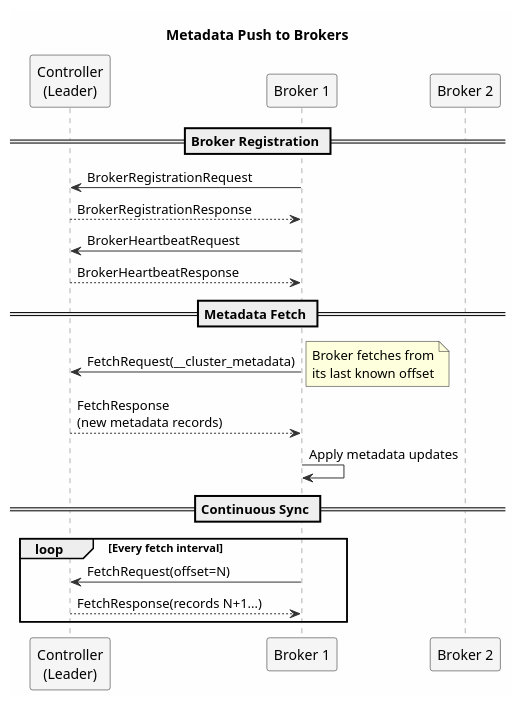
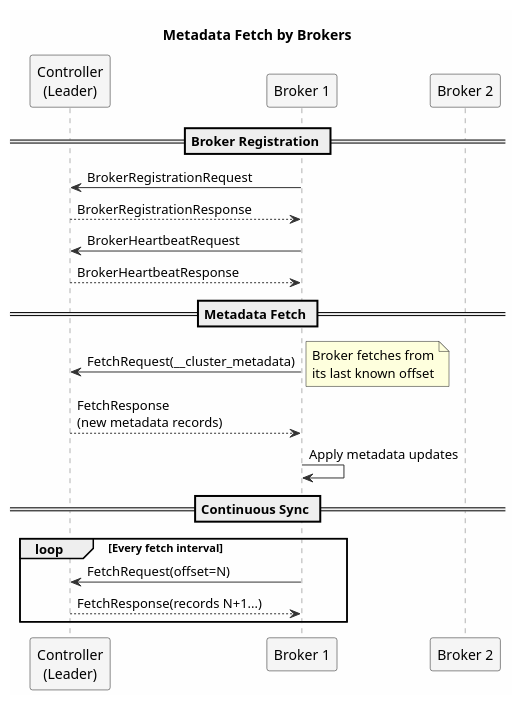
The seventh of 13 diagrams in docs/data-platforms/kafka/architecture/kraft/index.md (axonops/documentation), drawn with PlantUML before and after one commit. The commit also changed other lines of this file and 34 other files, not shown here.

Commit message:
Updated Kafka architecture documents

````diff
--- a/docs/data-platforms/kafka/architecture/kraft/index.md
+++ b/docs/data-platforms/kafka/architecture/kraft/index.md
@@ -382,38 +382,38 @@
 ```plantuml
 @startuml
 skinparam backgroundColor #FEFEFE
 skinparam sequence {
     ArrowColor #333333
     LifeLineBorderColor #666666
     ParticipantBackgroundColor #F5F5F5
 }
 
-title Metadata Push to Brokers
+title Metadata Fetch by Brokers
 
 participant "Controller\n(Leader)" as ctrl
 participant "Broker 1" as b1
 participant "Broker 2" as b2
 
 == Broker Registration ==
 b1 -> ctrl : BrokerRegistrationRequest
 ctrl --> b1 : BrokerRegistrationResponse
 
 b1 -> ctrl : BrokerHeartbeatRequest
 ctrl --> b1 : BrokerHeartbeatResponse
 
 == Metadata Fetch ==
 b1 -> ctrl : FetchRequest(__cluster_metadata)
 note right: Broker fetches from\nits last known offset
 
 ctrl --> b1 : FetchResponse\n(new metadata records)
 
 b1 -> b1 : Apply metadata updates
 
 == Continuous Sync ==
 loop Every fetch interval
     b1 -> ctrl : FetchRequest(offset=N)
     ctrl --> b1 : FetchResponse(records N+1...)
 end
 
 @enduml
 ```
````
